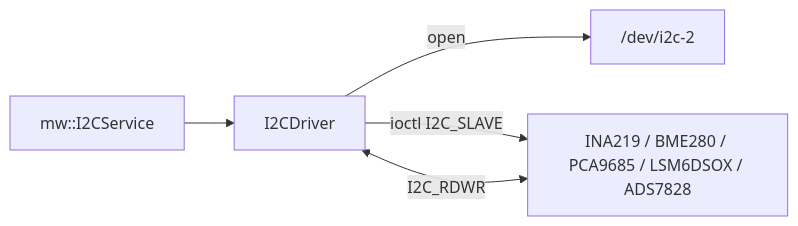
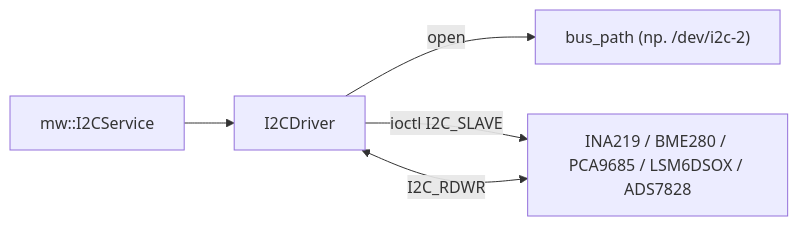
Before and after one commit to Simba-Avionic/srp: the diagram in core/i2c/README.md, drawn with Mermaid. The commit also changed other lines of this file and 11 other files, not shown here.

````diff
--- a/core/i2c/README.md
+++ b/core/i2c/README.md
@@ -21,7 +21,7 @@
 ```mermaid
 flowchart LR
   MW[mw::I2CService] --> D[I2CDriver]
-  D -->|open| Dev["/dev/i2c-2"]
+  D -->|open| Dev["bus_path (np. /dev/i2c-2)"]
   D -->|ioctl I2C_SLAVE| Chip[INA219 / BME280 / PCA9685 / LSM6DSOX / ADS7828]
   D <-->|I2C_RDWR| Chip
 ```
````
